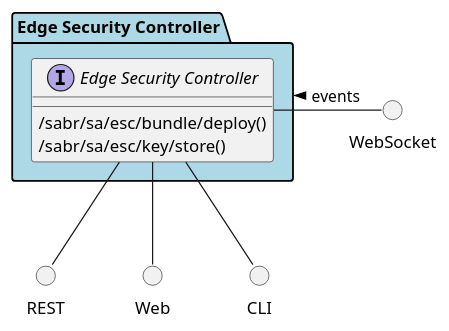
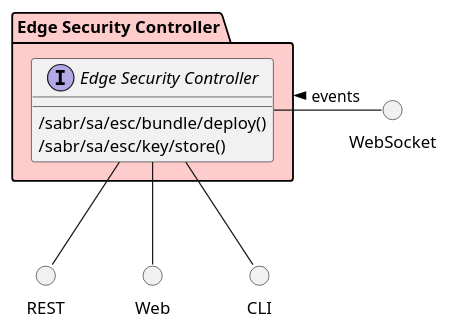
The diagram in docs/sabr/sa/esc/subpackage.puml (madajaju/sabr), drawn with PlantUML before and after one commit. The commit also changed 572 other files, not shown here.

```diff
--- a/docs/sabr/sa/esc/subpackage.puml
+++ b/docs/sabr/sa/esc/subpackage.puml
@@ -1,32 +1,32 @@
 @startuml
 
 
 
-package "Edge Security Controller" #lightblue {
+package "Edge Security Controller" #ffcccc {
 
     interface "Edge Security Controller" as i {
     
             /sabr/sa/esc/bundle/deploy()
             /sabr/sa/esc/key/store()
     
     }
 }
 
 circle REST
 circle Web
 circle CLI
 circle WebSocket
 
 i -down- Web
 i -down- CLI
 i -down- REST
 WebSocket -left- i: events >
 
-package "Edge Security Controller" #lightblue {
+package "Edge Security Controller" #ffcccc {
 
 
 }
 
 
 
 @enduml
```
